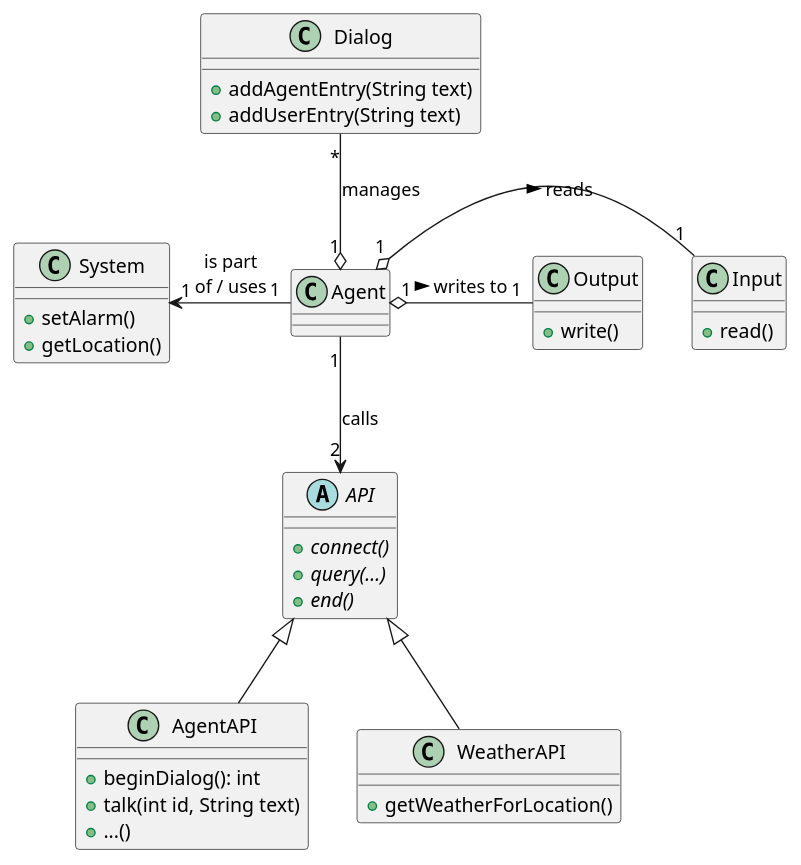
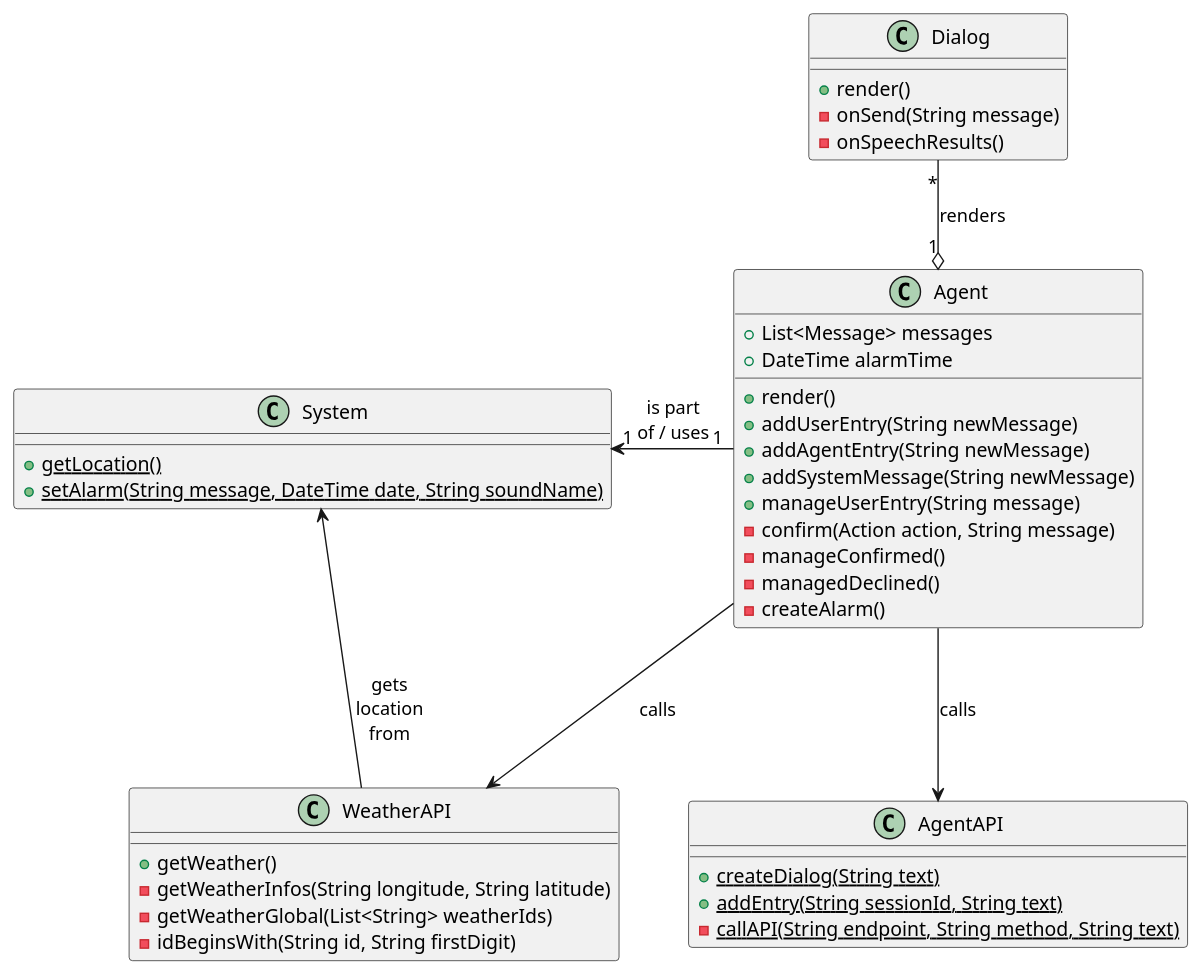
One commit to alexandre-lelain/ihme-agent-assistant changed the diagram in docs/conception/source/classDiagram_Client.puml. Above: the diagram before and after it, drawn with PlantUML.

Commit message:
Maj conception : diagramme de classes client

```diff
--- a/docs/conception/source/classDiagram_Client.puml
+++ b/docs/conception/source/classDiagram_Client.puml
@@ -1,40 +1,43 @@
 @startuml
 
-class Agent
-class Input {
-    +read()
-}
-class Output {
-    +write()
+class Agent {
+    +List<Message> messages
+    +DateTime alarmTime
+    +render()
+    +addUserEntry(String newMessage)
+    +addAgentEntry(String newMessage)
+    +addSystemMessage(String newMessage)
+    +manageUserEntry(String message)
+    -confirm(Action action, String message)
+    -manageConfirmed()
+    -managedDeclined()
+    -createAlarm()
 }
 class Dialog {
-    +addAgentEntry(String text)
-    +addUserEntry(String text)
+    +render()
+    -onSend(String message)
+    -onSpeechResults()
 }
 class System {
-    +setAlarm()
-    +getLocation()
-}
-abstract class API {
-    +{abstract} connect()
-    +{abstract} query(...)
-    +{abstract} end()
+    +{static} getLocation()
+    +{static} setAlarm(String message, DateTime date, String soundName)
 }
 class AgentAPI {
-    +beginDialog(): int
-    +talk(int id, String text)
-    +...()
+    +{static} createDialog(String text)
+    +{static} addEntry(String sessionId, String text)
+    -{static} callAPI(String endpoint, String method, String text)
 }
 class WeatherAPI {
-    +getWeatherForLocation()
+    +getWeather()
+    -getWeatherInfos(String longitude, String latitude)
+    -getWeatherGlobal(List<String> weatherIds)
+    -idBeginsWith(String id, String firstDigit)
 }
 
-Agent "1" o- "1" Input : reads >
-Agent "1" o- "1" Output : writes to >
-Agent "1" o-up- "*" Dialog : manages
+Agent "1" o-up- "*" Dialog : renders
 Agent "1" -left-> "1" System : is part\nof / uses
-Agent "1" --> "2" API : calls
-API <|-- AgentAPI
-API <|-- WeatherAPI
+Agent --> WeatherAPI : calls
+Agent --> AgentAPI : calls
+WeatherAPI --> System : gets\nlocation\nfrom
 
 @enduml
```
